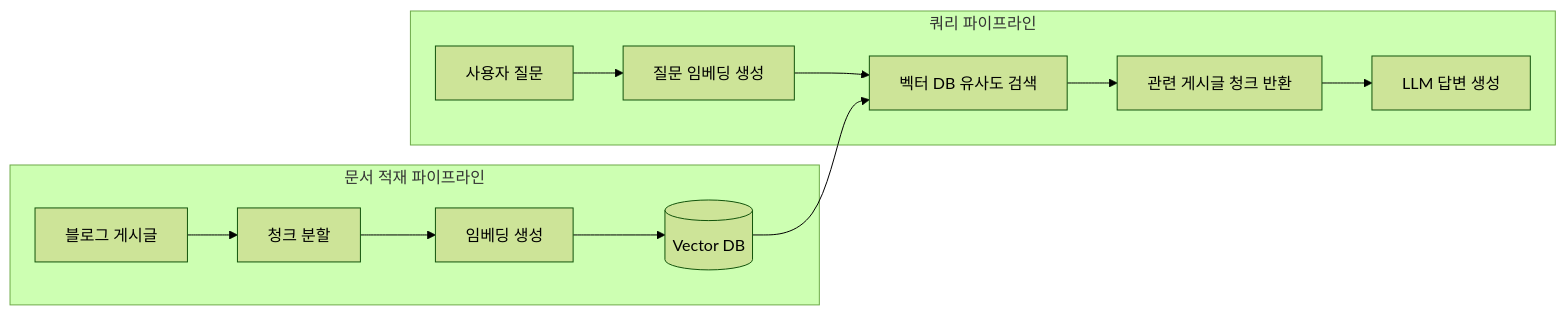
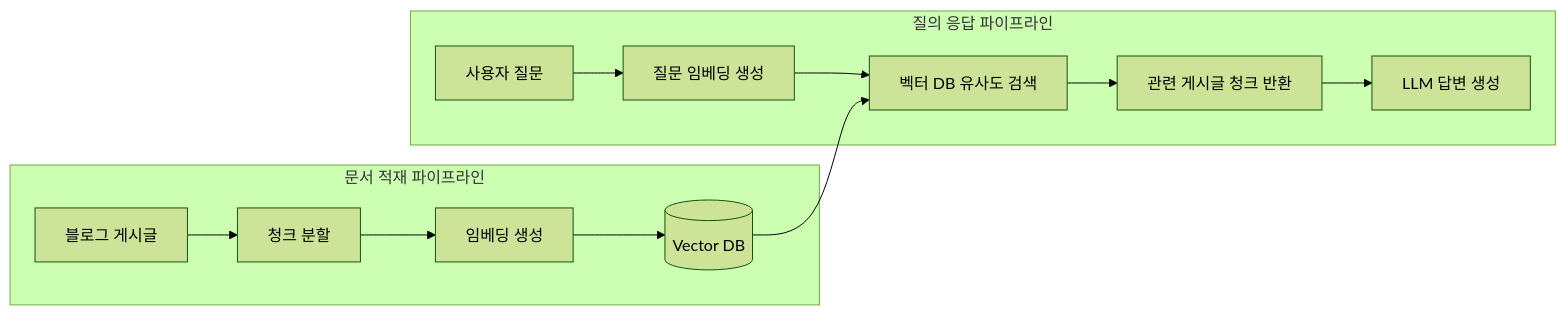
The diagram in src/contents/posts/블로그를-검색하는-벡터-rag-만들기.mdx (bh2980/bh2980_blog), drawn with Mermaid (forest theme) before and after one commit. The commit also changed other lines of this file, not shown here.

````diff
--- a/src/contents/posts/블로그를-검색하는-벡터-rag-만들기.mdx
+++ b/src/contents/posts/블로그를-검색하는-벡터-rag-만들기.mdx
@@ -33,16 +33,16 @@
 ```mermaid
 flowchart LR
     subgraph Ingest["문서 적재 파이프라인"]
         A[블로그 게시글] --> B[청크 분할]
         B --> C[임베딩 생성]
         C --> D[(Vector DB)]
     end
 
-    subgraph Query["쿼리 파이프라인"]
+    subgraph Query["질의 응답 파이프라인"]
         E[사용자 질문] --> F[질문 임베딩 생성]
         F --> G[벡터 DB 유사도 검색]
         D --> G
         G --> H[관련 게시글 청크 반환]
         H --> I[LLM 답변 생성]
     end
 ```
````
